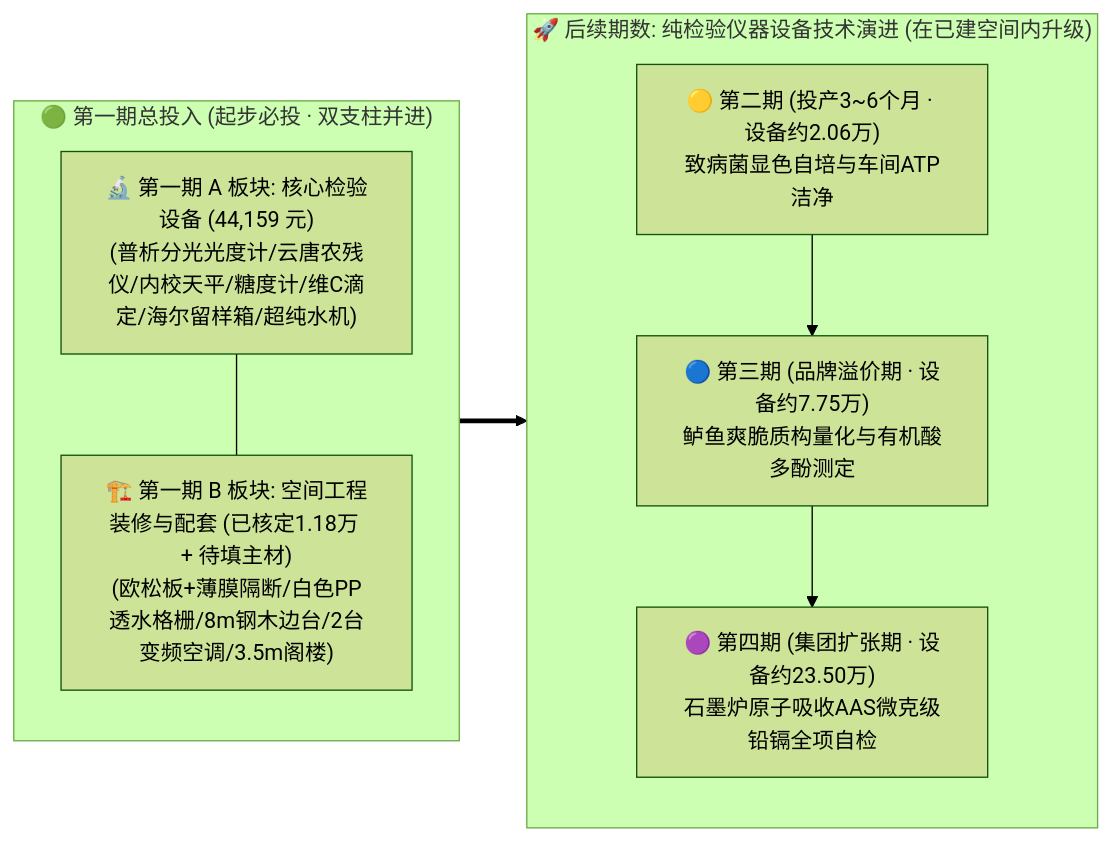
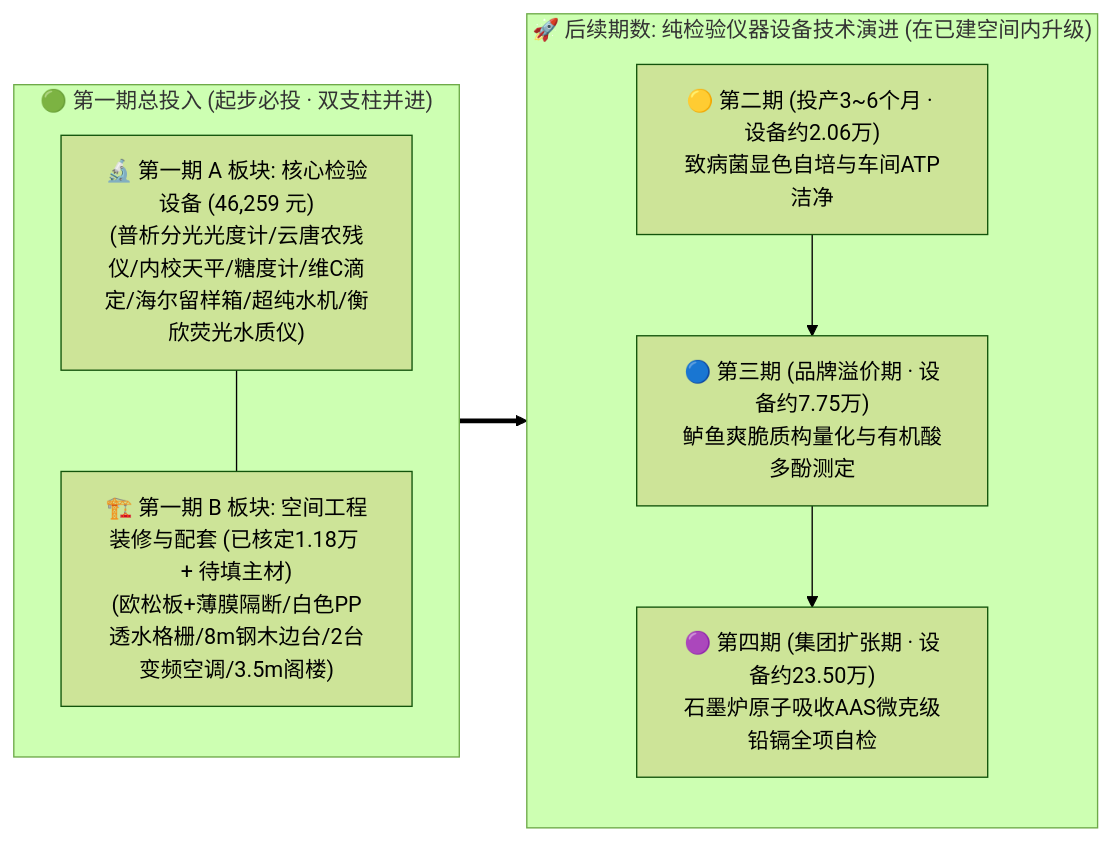
The second of 2 diagrams in docs/04_subsystems/07_quality_assurance_lab/02_驻厂检验室建设预算规划与投资测算表(设备与装修).md (digitalboy/aquaponics), drawn with Mermaid (forest theme) before and after one commit. The commit also changed other lines of this file and 14 other files, not shown here.

````diff
--- a/docs/04_subsystems/07_quality_assurance_lab/02_驻厂检验室建设预算规划与投资测算表(设备与装修).md
+++ b/docs/04_subsystems/07_quality_assurance_lab/02_驻厂检验室建设预算规划与投资测算表(设备与装修).md
@@ -79,19 +79,19 @@
 ```mermaid
 flowchart LR
     subgraph Phase1_Total ["🟢 第一期总投入 (起步必投 · 双支柱并进)"]
         direction TB
-        P1_A["🔬 第一期 A 板块: 核心检验设备 (44,159 元)<br>(普析分光光度计/云唐农残仪/内校天平/糖度计/维C滴定/海尔留样箱/超纯水机)"]
+        P1_A["🔬 第一期 A 板块: 核心检验设备 (46,259 元)<br>(普析分光光度计/云唐农残仪/内校天平/糖度计/维C滴定/海尔留样箱/超纯水机/衡欣荧光水质仪)"]
         P1_B["🏗️ 第一期 B 板块: 空间工程装修与配套 (已核定1.18万 + 待填主材)<br>(欧松板+薄膜隔断/白色PP透水格栅/8m钢木边台/2台变频空调/3.5m阁楼)"]
         P1_A --- P1_B
     end
 
     subgraph Future_Phases ["🚀 后续期数: 纯检验仪器设备技术演进 (在已建空间内升级)"]
         direction TB
         P2["🟡 第二期 (投产3~6个月 · 设备约2.06万)<br>致病菌显色自培与车间ATP洁净"]
         P3["🔵 第三期 (品牌溢价期 · 设备约7.75万)<br>鲈鱼爽脆质构量化与有机酸多酚测定"]
         P4["🟣 第四期 (集团扩张期 · 设备约23.50万)<br>石墨炉原子吸收AAS微克级铅镉全项自检"]
         P2 --> P3 --> P4
     end
 
     Phase1_Total ==> Future_Phases
 ```
````
